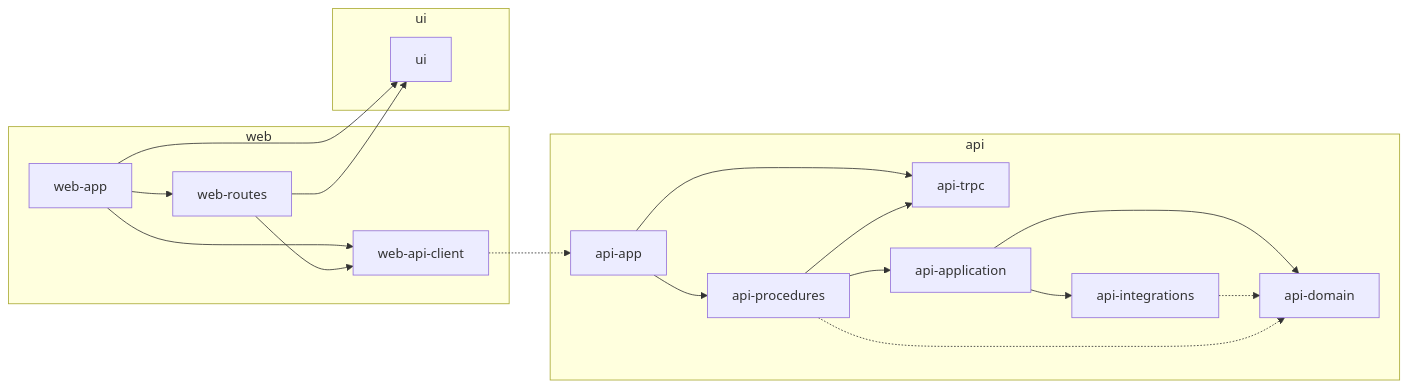
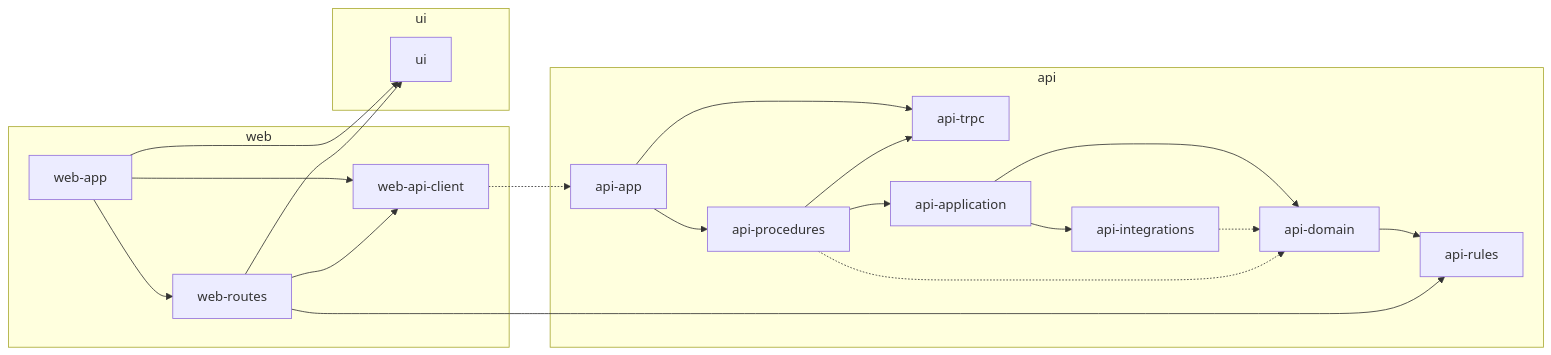
Before and after one commit to BenSheridanEdwards/SoftwareFactoryTemplate: the diagram in apps/architecture.mmd, drawn with Mermaid. The commit also changed 21 other files, not shown here.

First line of the commit message:
refactor(todos): share the title rules between the api and the web

```diff
--- a/apps/architecture.mmd
+++ b/apps/architecture.mmd
@@ -1,32 +1,35 @@
 %% Generated by tooling/architecture/diagram.mjs (pnpm arch:diagram): result reference (apps), the role edges of Fallow's import graph. Do not edit.
 flowchart LR
   subgraph kind_web["web"]
     web_app["web-app"]
     web_api_client["web-api-client"]
     web_routes["web-routes"]
   end
   subgraph kind_api["api"]
     api_app["api-app"]
     api_trpc["api-trpc"]
     api_procedures["api-procedures"]
     api_application["api-application"]
     api_domain["api-domain"]
+    api_rules["api-rules"]
     api_integrations["api-integrations"]
   end
   subgraph kind_ui["ui"]
     ui["ui"]
   end
   api_app --> api_procedures
   api_app --> api_trpc
   api_application --> api_domain
   api_application --> api_integrations
+  api_domain --> api_rules
   api_integrations -.-> api_domain
   api_procedures --> api_application
   api_procedures -.-> api_domain
   api_procedures --> api_trpc
   web_api_client -.-> api_app
   web_app --> ui
   web_app --> web_api_client
   web_app --> web_routes
+  web_routes --> api_rules
   web_routes --> ui
   web_routes --> web_api_client
```
